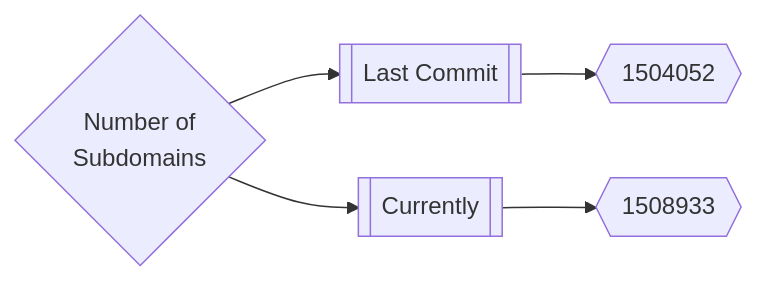
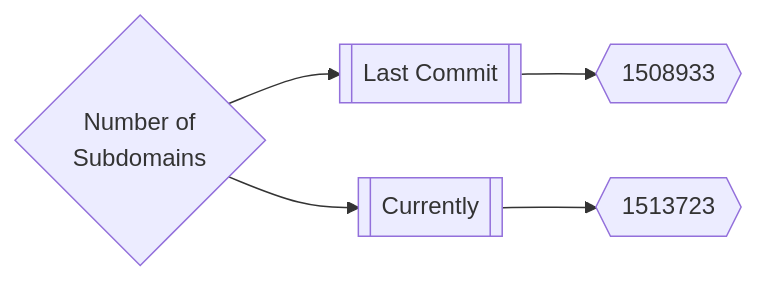
The first of 3 diagrams in README.md (trickest/inventory), drawn with Mermaid before and after one commit. The commit also changed other lines of this file, not shown here.

Commit message:
Update Thu Apr 21 14:12:10 UTC 2022

````diff
--- a/README.md
+++ b/README.md
@@ -165,5 +165,5 @@
 ```mermaid
 graph LR
-title{Number of<br>Subdomains} --> subdomainsDate1[[Last Commit]] --> subdomainsNum1{{1504052}}
-title --> subdomainsDate2[[Currently]] --> subdomainsNum2{{1508933}}
+title{Number of<br>Subdomains} --> subdomainsDate1[[Last Commit]] --> subdomainsNum1{{1508933}}
+title --> subdomainsDate2[[Currently]] --> subdomainsNum2{{1513723}}
 ```
````
